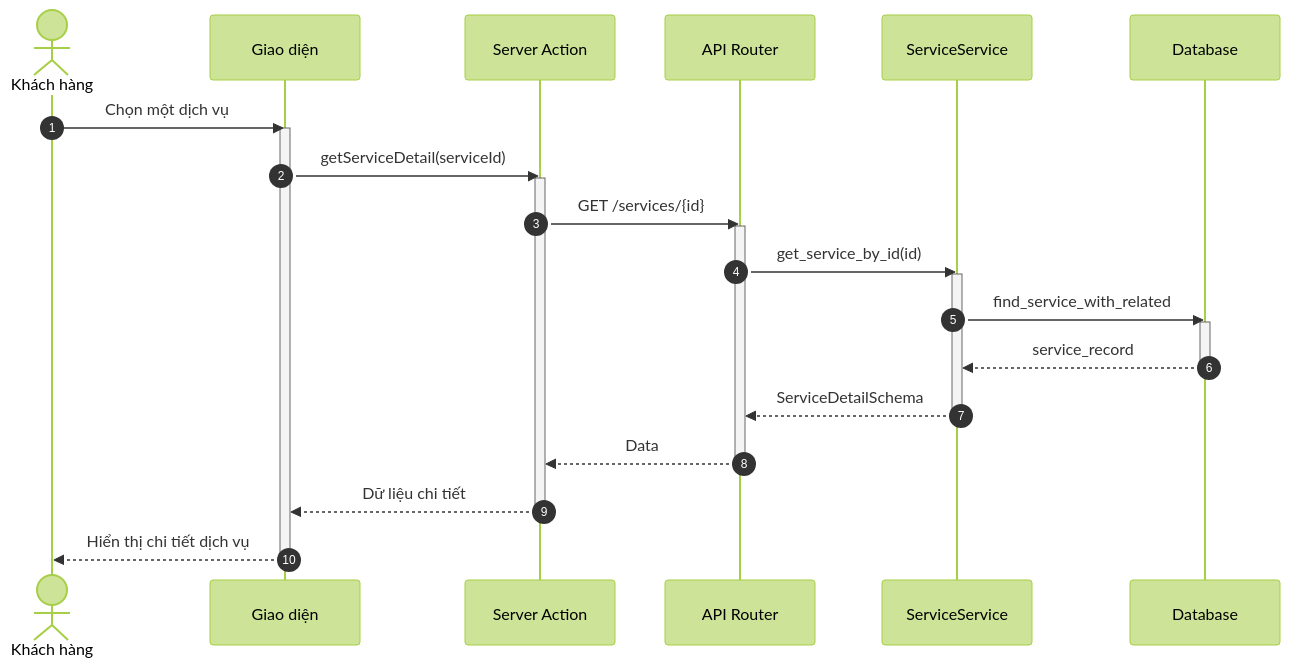
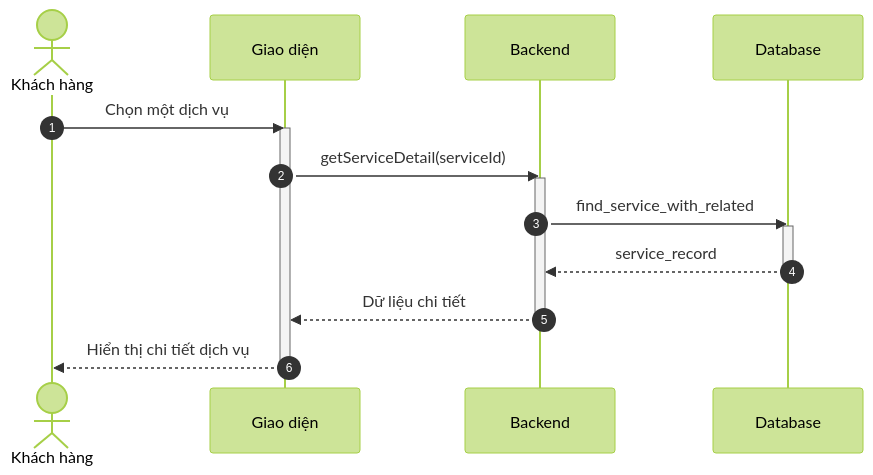
One commit to ngoctinn/Synapse changed the second of 10 diagrams in docs/design/sequences/customer_flows.md. Above: the diagram before and after it, drawn with Mermaid (forest theme). The commit also changed other lines of this file and 7 other files, not shown here.

Commit message:
docs: Add initial design documentation for authentication, user flows, and algorithm specification.

````diff
--- a/docs/design/sequences/customer_flows.md
+++ b/docs/design/sequences/customer_flows.md
@@ -70,38 +56,24 @@
 ```mermaid
 sequenceDiagram
     autonumber
     actor KH as Khách hàng
     participant UI as Giao diện
-    participant BFF as Server Action
-    participant API as API Router
-    participant S as ServiceService
+    participant BE as Backend
     participant DB as Database
 
     KH->>UI: Chọn một dịch vụ
     activate UI
-    UI->>BFF: getServiceDetail(serviceId)
-    activate BFF
+    UI->>BE: getServiceDetail(serviceId)
+    activate BE
 
-    BFF->>API: GET /services/{id}
-    activate API
-
-    API->>S: get_service_by_id(id)
-    activate S
-
-    S->>DB: find_service_with_related
+    BE->>DB: find_service_with_related
     activate DB
-    DB-->>S: service_record
+    DB-->>BE: service_record
     deactivate DB
 
-    S-->>API: ServiceDetailSchema
-    deactivate S
-
-    API-->>BFF: Data
-    deactivate API
-
-    BFF-->>UI: Dữ liệu chi tiết
-    deactivate BFF
+    BE-->>UI: Dữ liệu chi tiết
+    deactivate BE
 
     UI-->>KH: Hiển thị chi tiết dịch vụ
     deactivate UI
 ```
````
